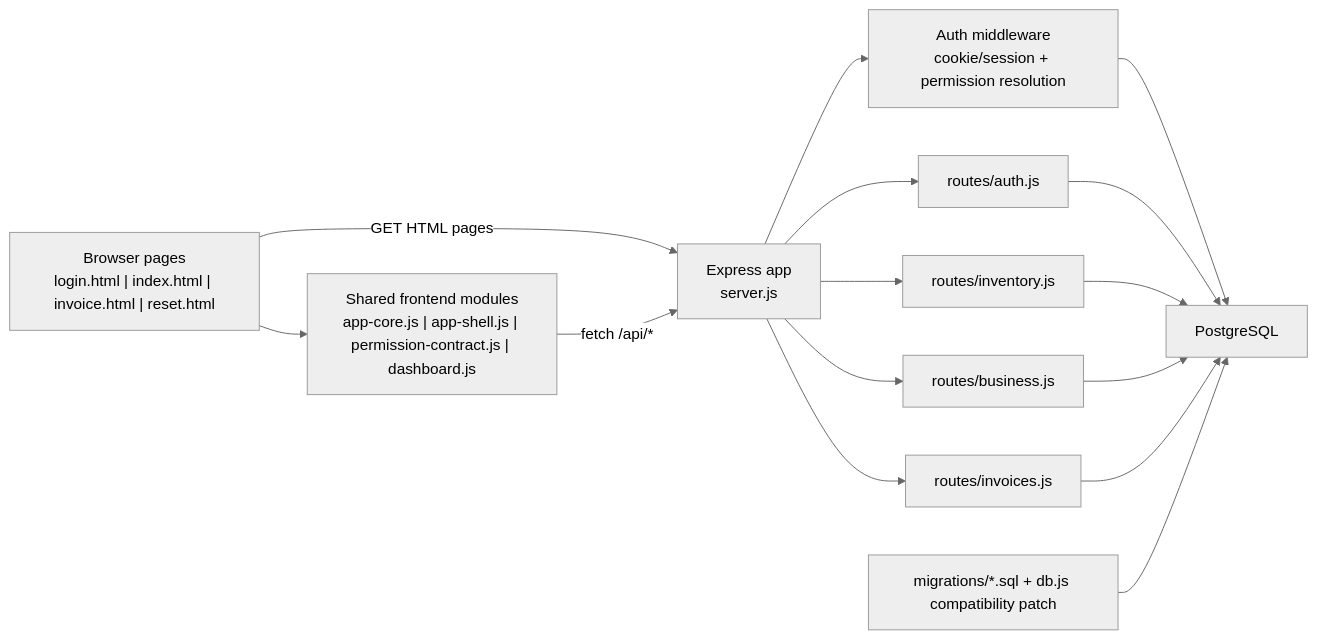
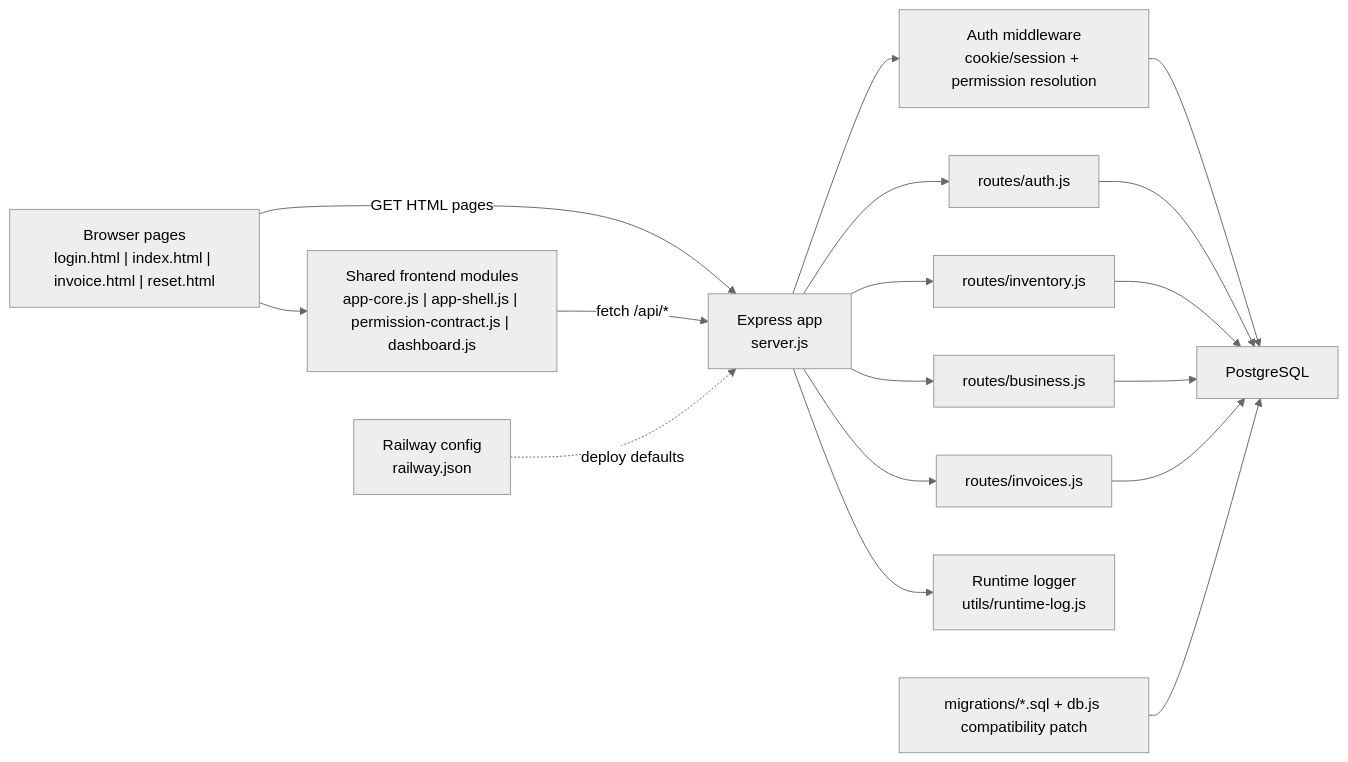
One commit to dasdipayan03/India-Inventory-Management changed the first of 3 diagrams in docs/COMPLETE_PROJECT_DOCUMENTATION.md. Above: the diagram before and after it, drawn with Mermaid (neutral theme). The commit also changed other lines of this file, not shown here.

````diff
--- a/docs/COMPLETE_PROJECT_DOCUMENTATION.md
+++ b/docs/COMPLETE_PROJECT_DOCUMENTATION.md
@@ -135,28 +146,32 @@
 ```mermaid
 flowchart LR
   Browser["Browser pages<br/>login.html | index.html | invoice.html | reset.html"]
   SharedJS["Shared frontend modules<br/>app-core.js | app-shell.js | permission-contract.js | dashboard.js"]
   Server["Express app<br/>server.js"]
   AuthMW["Auth middleware<br/>cookie/session + permission resolution"]
   AuthRoutes["routes/auth.js"]
   InventoryRoutes["routes/inventory.js"]
   BusinessRoutes["routes/business.js"]
   InvoiceRoutes["routes/invoices.js"]
+  RuntimeLog["Runtime logger<br/>utils/runtime-log.js"]
+  DeployCfg["Railway config<br/>railway.json"]
   DB["PostgreSQL"]
   Schema["migrations/*.sql + db.js compatibility patch"]
 
   Browser --> SharedJS
   Browser -->|"GET HTML pages"| Server
   SharedJS -->|"fetch /api/*"| Server
+  DeployCfg -. deploy defaults .-> Server
   Server --> AuthMW
   Server --> AuthRoutes
   Server --> InventoryRoutes
   Server --> BusinessRoutes
   Server --> InvoiceRoutes
+  Server --> RuntimeLog
   AuthMW --> DB
   AuthRoutes --> DB
   InventoryRoutes --> DB
   BusinessRoutes --> DB
   InvoiceRoutes --> DB
   Schema --> DB
 ```
````
